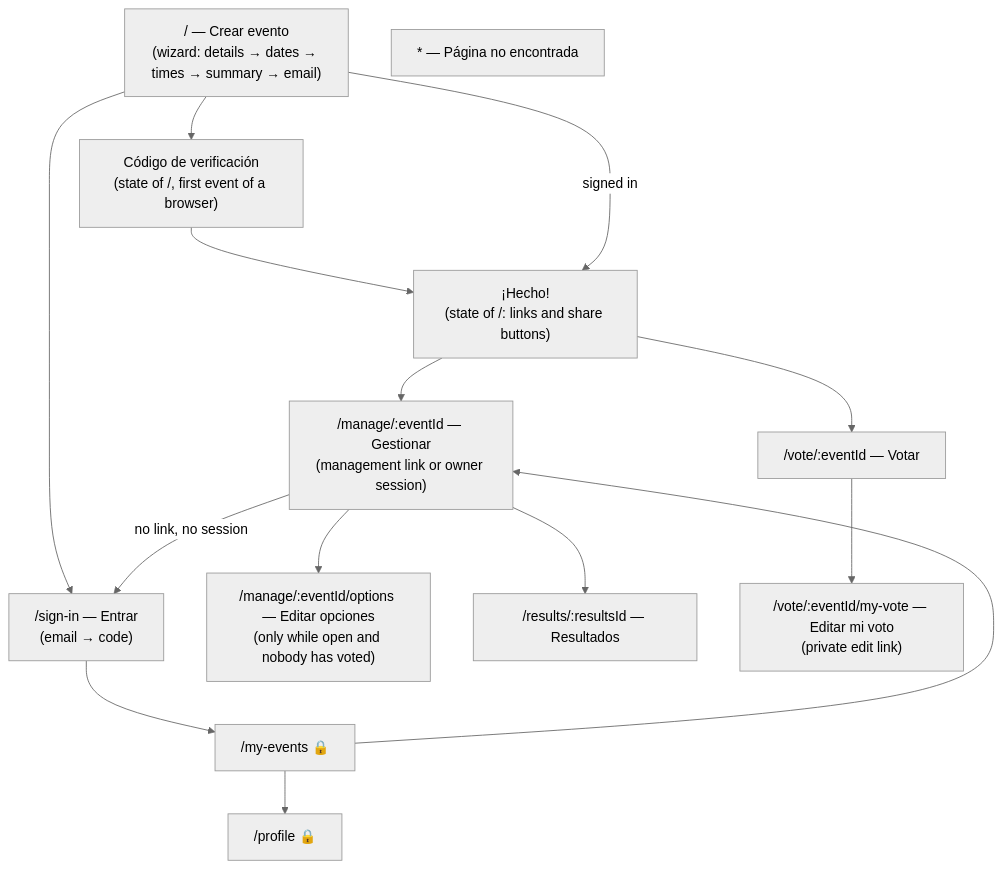
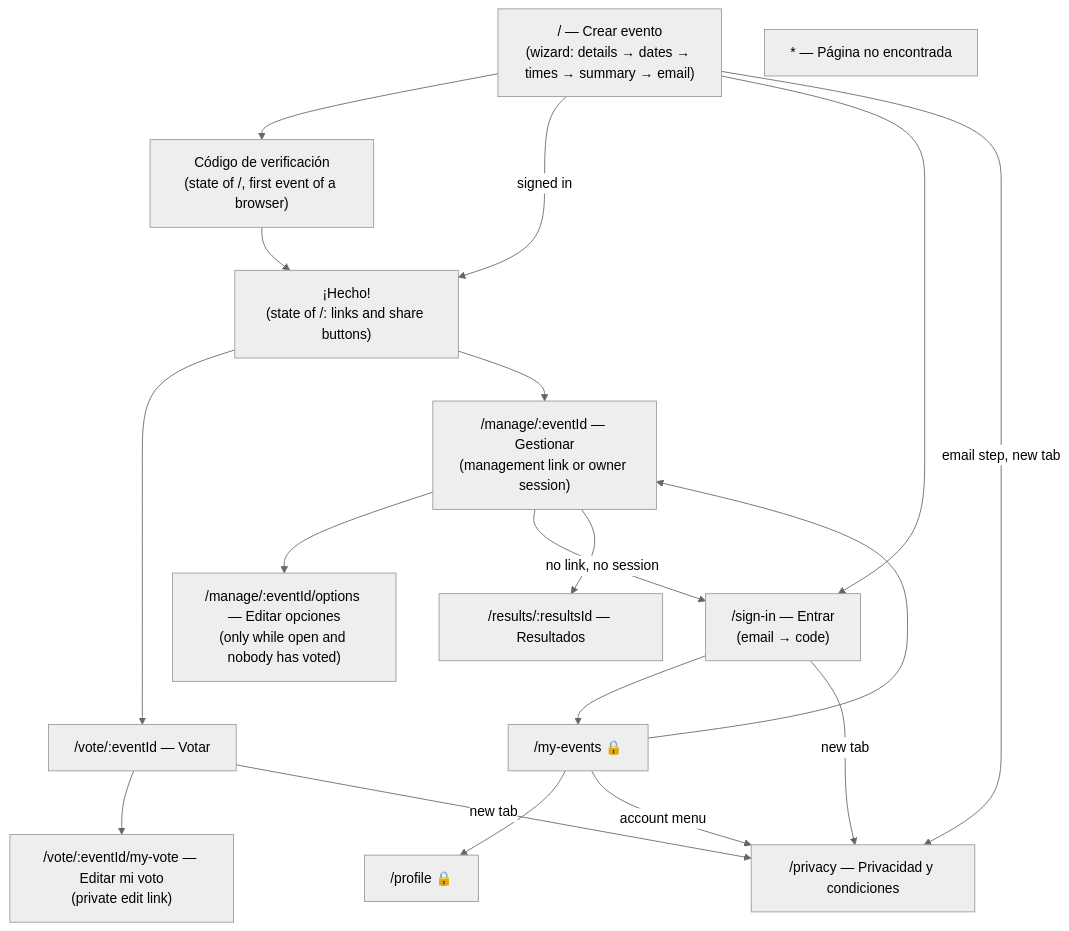
One commit to pietrodags/qando-app changed the diagram in docs/sitemap.md. Above: the diagram before and after it, drawn with Mermaid (neutral theme). The commit also changed other lines of this file and 28 other files, not shown here.

Commit message:
feat(web): a "Privacidad y condiciones" page, linked from the account menu and where someone without an account gives data (#358)

````diff
--- a/docs/sitemap.md
+++ b/docs/sitemap.md
@@ -7,28 +7,33 @@
 ```mermaid
 flowchart TD
   home["/ — Crear evento<br/>(wizard: details → dates → times → summary → email)"]
   code["Código de verificación<br/>(state of /, first event of a browser)"]
   done["¡Hecho!<br/>(state of /: links and share buttons)"]
   signin["/sign-in — Entrar<br/>(email → code)"]
   mine["/my-events 🔒"]
   profile["/profile 🔒"]
   manage["/manage/:eventId — Gestionar<br/>(management link or owner session)"]
   editopts["/manage/:eventId/options — Editar opciones<br/>(only while open and nobody has voted)"]
   results["/results/:resultsId — Resultados"]
   vote["/vote/:eventId — Votar"]
   myvote["/vote/:eventId/my-vote — Editar mi voto<br/>(private edit link)"]
   notfound["* — Página no encontrada"]
+  privacy["/privacy — Privacidad y condiciones"]
 
   home --> code --> done
   home -->|signed in| done
   done --> vote
   done --> manage
   home --> signin
   signin --> mine
   mine --> manage
   mine --> profile
   manage --> editopts
   manage -->|no link, no session| signin
   manage --> results
   vote --> myvote
+  vote -->|new tab| privacy
+  signin -->|new tab| privacy
+  home -->|email step, new tab| privacy
+  mine -->|account menu| privacy
 ```
````
